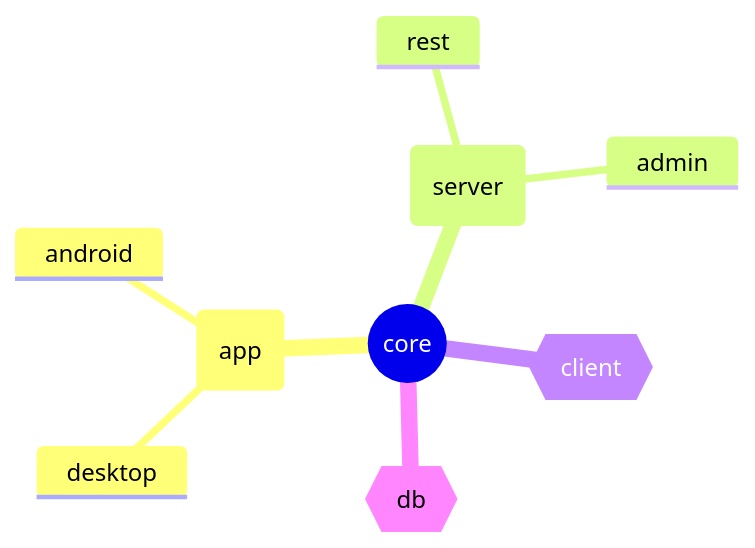
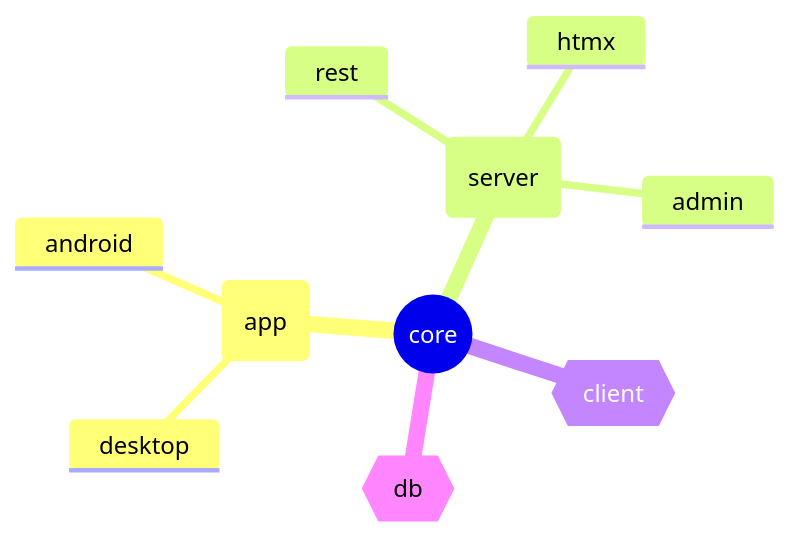
The diagram in README.md (ktorio/ktor-chat), drawn with Mermaid before and after one commit. The commit also changed other lines of this file and 3 other files, not shown here.

````diff
--- a/README.md
+++ b/README.md
@@ -33,12 +33,13 @@
 ```mermaid
 mindmap
   root((core))
     id(app)
       desktop
       android
     id(server)
       rest
+      htmx
       admin
     id{{client}}
     id{{db}}
 ```
````
